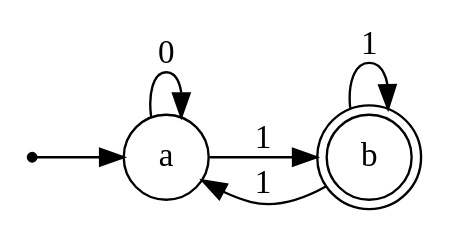
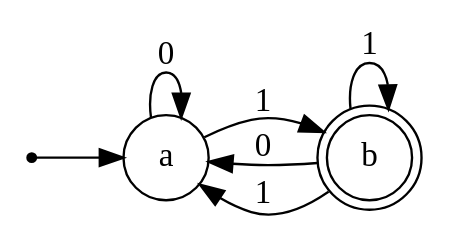
One commit to rase-/Kandi changed the diagram in automaatit/m1.gv. Above: the diagram before and after it, drawn with Graphviz. The commit also changed 2 other files, not shown here.

```diff
--- a/automaatit/m1.gv
+++ b/automaatit/m1.gv
@@ -1,15 +1,16 @@
 digraph finite_state_machine {
 	rankdir=LR;
 	size="8,5"
 
 
 	node [shape = point]; S;
 	node [shape = doublecircle]; b;
 	node [shape = circle]; a;
 
 	S -> a;
 	a -> b [label = "1"];
 	a -> a [label = "0"];
+	b -> a [label = "0"];
 	b -> a [label = "1"];
 	b -> b [label = "1"];
 }
```
